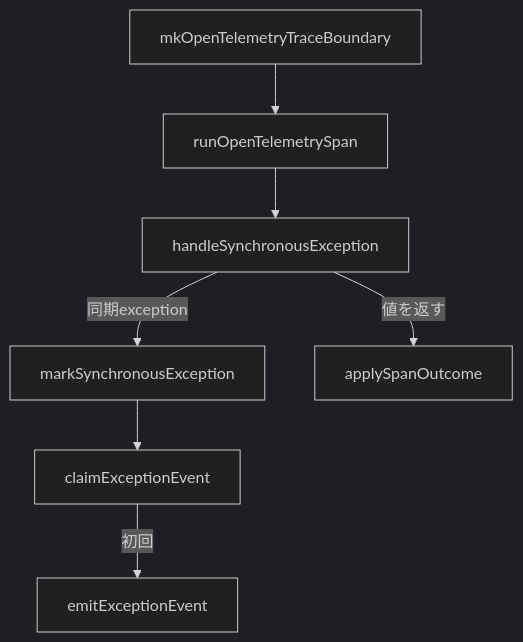
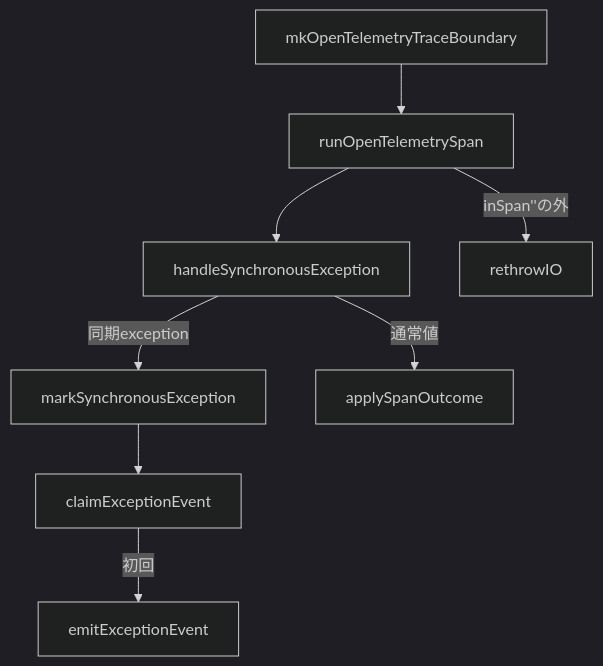
Before and after one commit to takashit16833/Workbench: the diagram in Notes/RAGScope/RAGScopeアプリケーション/RS-0024 Observability理解/05 Trace Adapterコード読解.md, drawn with Mermaid (dark theme). The commit also changed other lines of this file, not shown here.

````diff
--- a/Notes/RAGScope/RAGScopeアプリケーション/RS-0024 Observability理解/05 Trace Adapterコード読解.md
+++ b/Notes/RAGScope/RAGScopeアプリケーション/RS-0024 Observability理解/05 Trace Adapterコード読解.md
@@ -17,17 +17,19 @@
 ```mermaid
 flowchart TB
     MK["mkOpenTelemetryTraceBoundary"]
     RUN["runOpenTelemetrySpan"]
     H["handleSynchronousException"]
     M["markSynchronousException"]
     C["claimExceptionEvent"]
     E["emitExceptionEvent"]
     O["applySpanOutcome"]
+    R["rethrowIO"]
 
     MK --> RUN
     RUN --> H
-    H -->|値を返す| O
+    H -->|通常値| O
     H -->|同期exception| M
     M --> C
     C -->|初回| E
+    RUN -->|inSpan''の外| R
 ```
````
